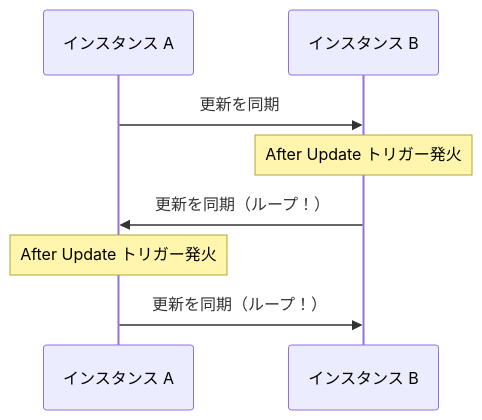
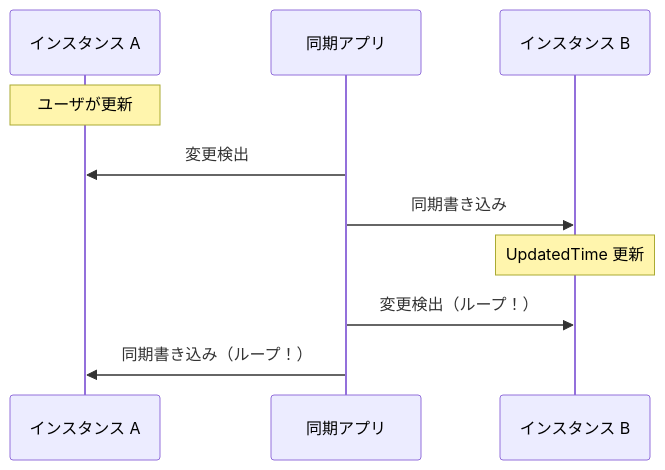
Before and after one commit to vehiclevisionjp/VehicleVision.Pleasanter.ResearchDocuments: the eighth of 10 diagrams in docs/research/04-外部連携・フィード/008-複数インスタンス間マスターデータ同期設計.md, drawn with Mermaid. The commit also changed other lines of this file, not shown here.

````diff
--- a/docs/research/04-外部連携・フィード/008-複数インスタンス間マスターデータ同期設計.md
+++ b/docs/research/04-外部連携・フィード/008-複数インスタンス間マスターデータ同期設計.md
@@ -710,11 +674,13 @@
 ```mermaid
 sequenceDiagram
     participant A as インスタンス A
+    participant Sync as 同期アプリ
     participant B as インスタンス B
 
-    A->>B: 更新を同期
-    Note over B: After Update トリガー発火
-    B->>A: 更新を同期（ループ！）
-    Note over A: After Update トリガー発火
-    A->>B: 更新を同期（ループ！）
+    Note over A: ユーザが更新
+    Sync->>A: 変更検出
+    Sync->>B: 同期書き込み
+    Note over B: UpdatedTime 更新
+    Sync->>B: 変更検出（ループ！）
+    Sync->>A: 同期書き込み（ループ！）
 ```
````
